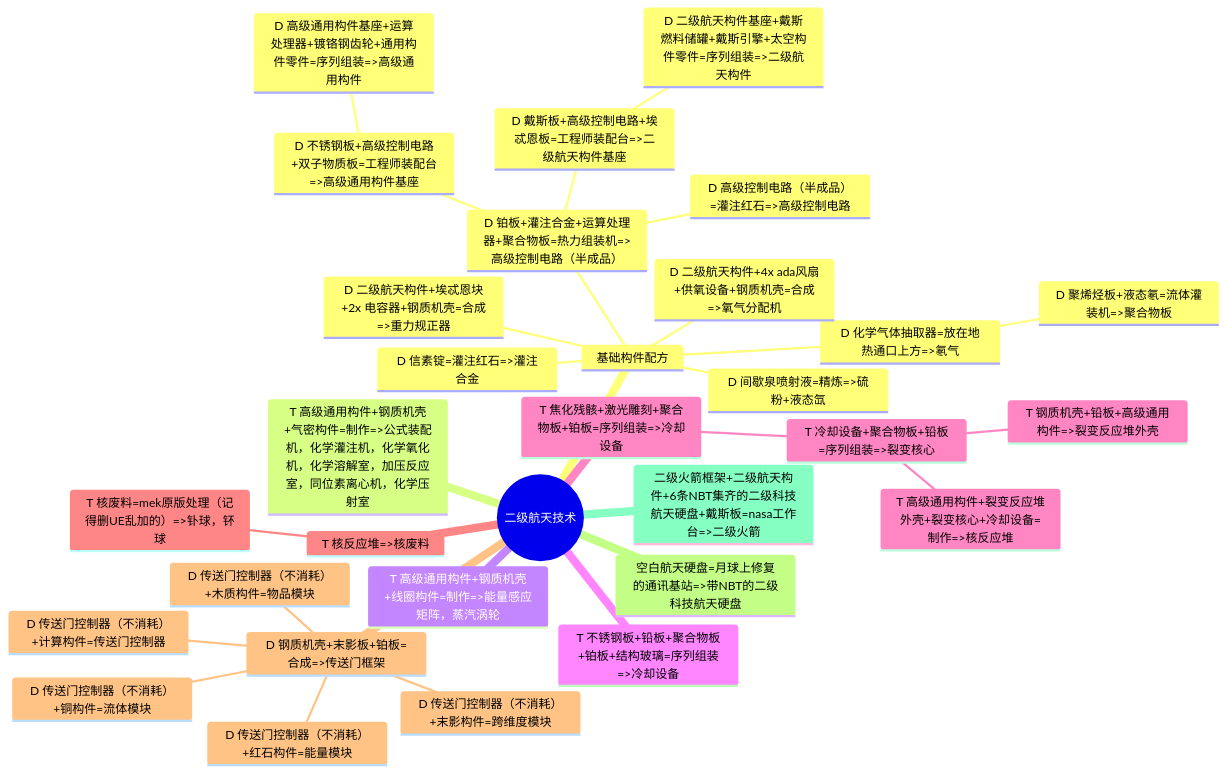
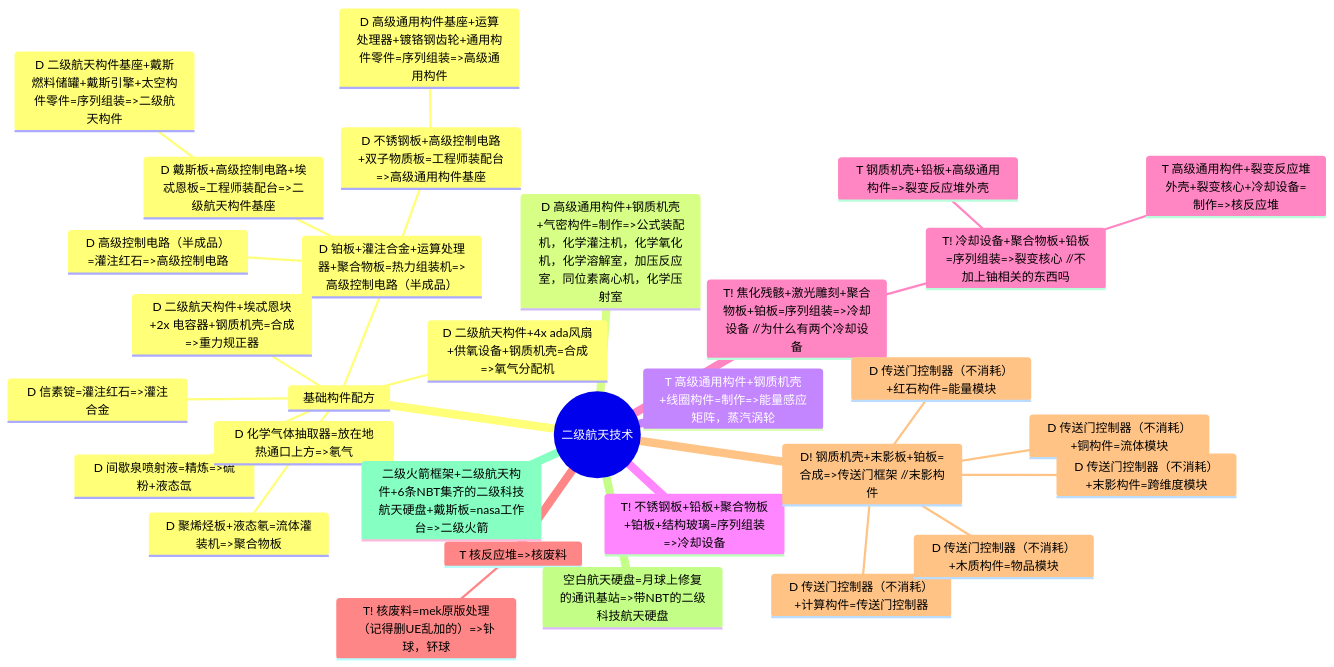
Before and after one commit to VechniMetel/CodeNameCIM2: the second of 4 diagrams in Developer/TechTreeMap.md, drawn with Mermaid. The commit also changed other lines of this file and 3 other files, not shown here.

````diff
--- a/Developer/TechTreeMap.md
+++ b/Developer/TechTreeMap.md
@@ -47,34 +48,34 @@
 ``` mermaid
 mindmap
     root((二级航天技术))
         基础构件配方
             D 信素锭=灌注红石=>灌注合金
             D 间歇泉喷射液=精炼=>硫粉+液态氙
             D 化学气体抽取器=放在地热通口上方=>氡气
                 D 聚烯烃板+液态氡=流体灌装机=>聚合物板
             D 铂板+灌注合金+运算处理器+聚合物板=热力组装机=>高级控制电路（半成品）
                 D 高级控制电路（半成品）=灌注红石=>高级控制电路
                 D 戴斯板+高级控制电路+埃忒恩板=工程师装配台=>二级航天构件基座
                     D 二级航天构件基座+戴斯燃料储罐+戴斯引擎+太空构件零件=序列组装=>二级航天构件
                 D 不锈钢板+高级控制电路+双子物质板=工程师装配台=>高级通用构件基座
                     D 高级通用构件基座+运算处理器+镀铬钢齿轮+通用构件零件=序列组装=>高级通用构件
             D 二级航天构件+4x ada风扇+供氧设备+钢质机壳=合成=>氧气分配机
             D 二级航天构件+埃忒恩块+2x 电容器+钢质机壳=合成=>重力规正器
-        T 高级通用构件+钢质机壳+气密构件=制作=>公式装配机，化学灌注机，化学氧化机，化学溶解室，加压反应室，同位素离心机，化学压射室
+        D 高级通用构件+钢质机壳+气密构件=制作=>公式装配机，化学灌注机，化学氧化机，化学溶解室，加压反应室，同位素离心机，化学压射室
         T 高级通用构件+钢质机壳+线圈构件=制作=>能量感应矩阵，蒸汽涡轮
-        T 不锈钢板+铅板+聚合物板+铂板+结构玻璃=序列组装=>冷却设备
-        T 焦化残骸+激光雕刻+聚合物板+铂板=序列组装=>冷却设备
-           T 冷却设备+聚合物板+铅板=序列组装=>裂变核心
+        T! 不锈钢板+铅板+聚合物板+铂板+结构玻璃=序列组装=>冷却设备
+        T! 焦化残骸+激光雕刻+聚合物板+铂板=序列组装=>冷却设备 //为什么有两个冷却设备
+           T! 冷却设备+聚合物板+铅板=序列组装=>裂变核心 //不加上铀相关的东西吗
             T 钢质机壳+铅板+高级通用构件=>裂变反应堆外壳
             T 高级通用构件+裂变反应堆外壳+裂变核心+冷却设备=制作=>核反应堆
         T 核反应堆=>核废料
-            T 核废料=mek原版处理（记得删UE乱加的）=>钋球，钚球
-        D 钢质机壳+末影板+铂板=合成=>传送门框架
+            T! 核废料=mek原版处理（记得删UE乱加的）=>钋球，钚球
+        D! 钢质机壳+末影板+铂板=合成=>传送门框架 //末影构件
             D 传送门控制器（不消耗）+计算构件=传送门控制器
             D 传送门控制器（不消耗）+木质构件=物品模块
             D 传送门控制器（不消耗）+铜构件=流体模块
             D 传送门控制器（不消耗）+红石构件=能量模块
             D 传送门控制器（不消耗）+末影构件=跨维度模块
         空白航天硬盘=月球上修复的通讯基站=>带NBT的二级科技航天硬盘
         二级火箭框架+二级航天构件+6条NBT集齐的二级科技航天硬盘+戴斯板=nasa工作台=>二级火箭
 ```
````
